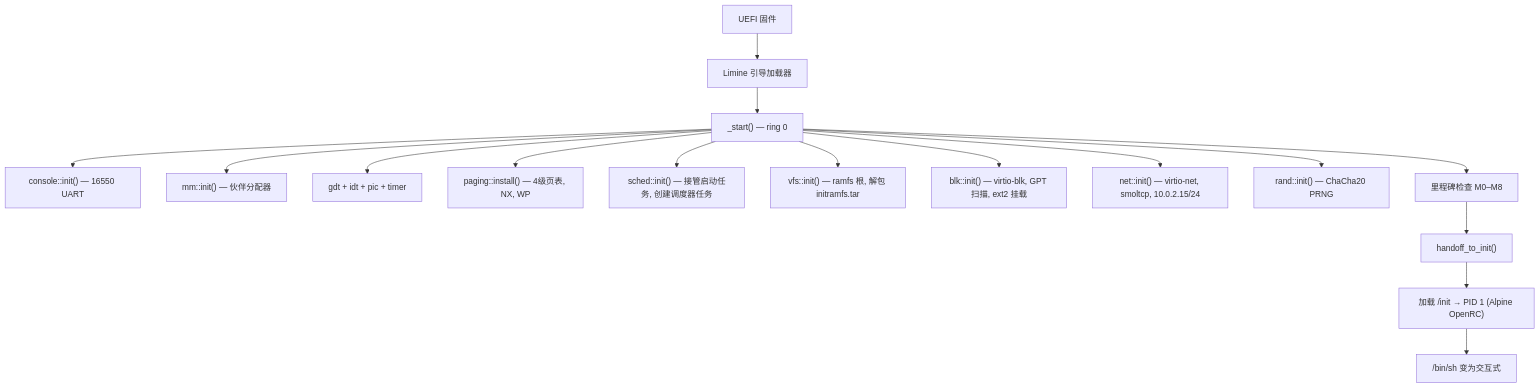
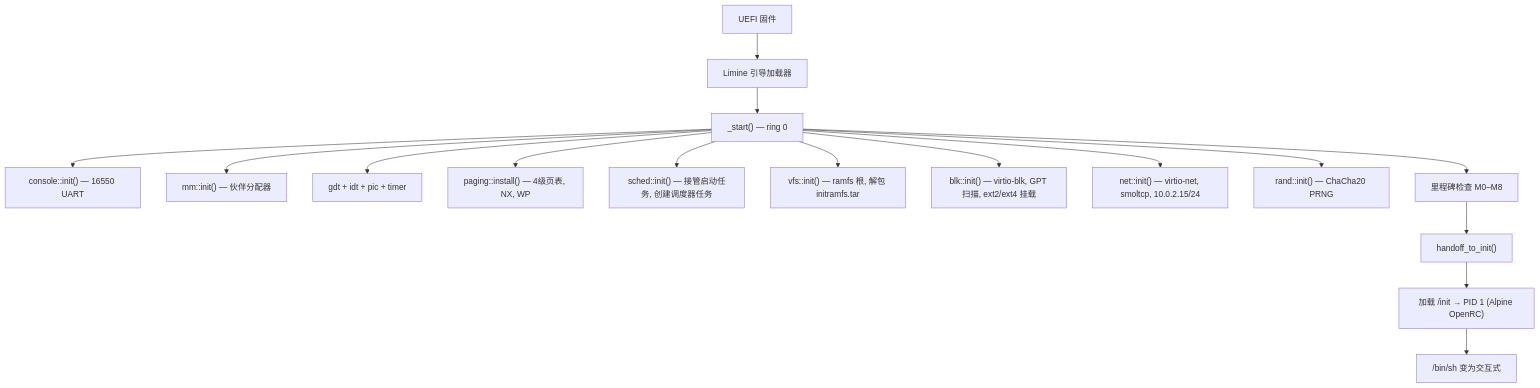
The second of 4 diagrams in README.zh.md (sgj123456/MPOS), drawn with Mermaid before and after one commit. The commit also changed other lines of this file and 62 other files, not shown here.

````diff
--- a/README.zh.md
+++ b/README.zh.md
@@ -118,18 +118,18 @@
 ```mermaid
 graph TD
     A["UEFI 固件"] --> B["Limine 引导加载器"]
     B --> C["_start() — ring 0"]
     C --> D["console::init() — 16550 UART"]
     C --> E["mm::init() — 伙伴分配器"]
     C --> F["gdt + idt + pic + timer"]
     C --> G["paging::install() — 4级页表, NX, WP"]
     C --> H["sched::init() — 接管启动任务, 创建调度器任务"]
     C --> I["vfs::init() — ramfs 根, 解包 initramfs.tar"]
-    C --> J["blk::init() — virtio-blk, GPT 扫描, ext2 挂载"]
+    C --> J["blk::init() — virtio-blk, GPT 扫描, ext2/ext4 挂载"]
     C --> K["net::init() — virtio-net, smoltcp, 10.0.2.15/24"]
     C --> L["rand::init() — ChaCha20 PRNG"]
     C --> M["里程碑检查 M0–M8"]
     M --> N["handoff_to_init()"]
     N --> O["加载 /init → PID 1 (Alpine OpenRC)"]
     O --> P["/bin/sh 变为交互式"]
 ```
````
